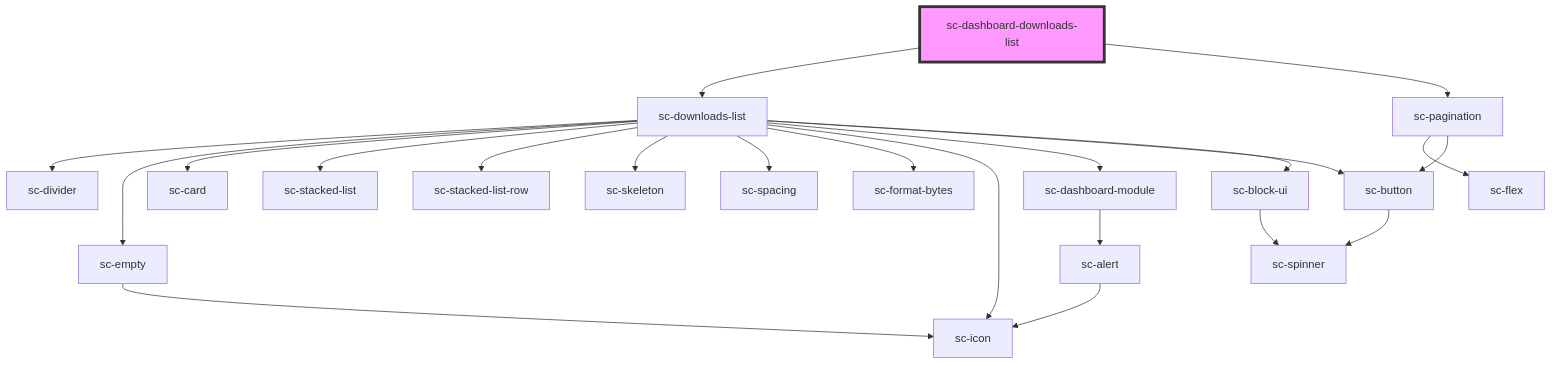
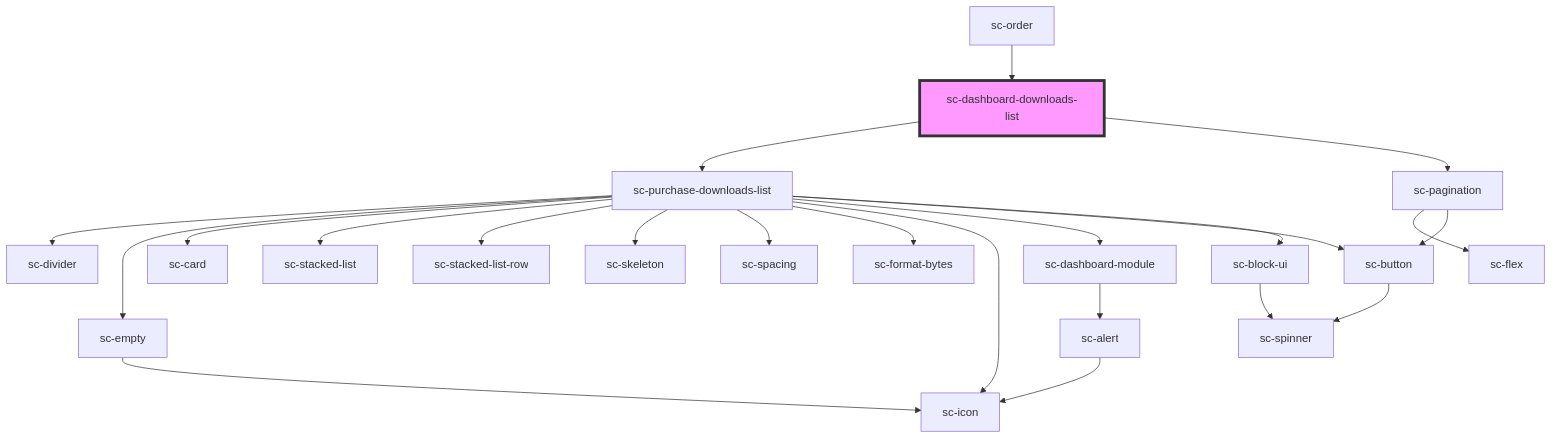
Before and after one commit to surecart/surecart-wp-plugin: the diagram in packages/components/src/components/controllers/dashboard/dashboard-downloads-list/readme.md, drawn with Mermaid. The commit also changed other lines of this file and 68 other files, not shown here.

````diff
--- a/packages/components/src/components/controllers/dashboard/dashboard-downloads-list/readme.md
+++ b/packages/components/src/components/controllers/dashboard/dashboard-downloads-list/readme.md
@@ -26,25 +30,26 @@
 ```mermaid
 graph TD;
-  sc-dashboard-downloads-list --> sc-downloads-list
+  sc-dashboard-downloads-list --> sc-purchase-downloads-list
   sc-dashboard-downloads-list --> sc-pagination
-  sc-downloads-list --> sc-divider
-  sc-downloads-list --> sc-empty
-  sc-downloads-list --> sc-card
-  sc-downloads-list --> sc-stacked-list
-  sc-downloads-list --> sc-stacked-list-row
-  sc-downloads-list --> sc-skeleton
-  sc-downloads-list --> sc-spacing
-  sc-downloads-list --> sc-format-bytes
-  sc-downloads-list --> sc-icon
-  sc-downloads-list --> sc-dashboard-module
-  sc-downloads-list --> sc-button
-  sc-downloads-list --> sc-block-ui
+  sc-purchase-downloads-list --> sc-divider
+  sc-purchase-downloads-list --> sc-empty
+  sc-purchase-downloads-list --> sc-card
+  sc-purchase-downloads-list --> sc-stacked-list
+  sc-purchase-downloads-list --> sc-stacked-list-row
+  sc-purchase-downloads-list --> sc-skeleton
+  sc-purchase-downloads-list --> sc-spacing
+  sc-purchase-downloads-list --> sc-format-bytes
+  sc-purchase-downloads-list --> sc-icon
+  sc-purchase-downloads-list --> sc-dashboard-module
+  sc-purchase-downloads-list --> sc-button
+  sc-purchase-downloads-list --> sc-block-ui
   sc-empty --> sc-icon
   sc-dashboard-module --> sc-alert
   sc-alert --> sc-icon
   sc-button --> sc-spinner
   sc-block-ui --> sc-spinner
   sc-pagination --> sc-flex
   sc-pagination --> sc-button
+  sc-order --> sc-dashboard-downloads-list
   style sc-dashboard-downloads-list fill:#f9f,stroke:#333,stroke-width:4px
 ```
````
